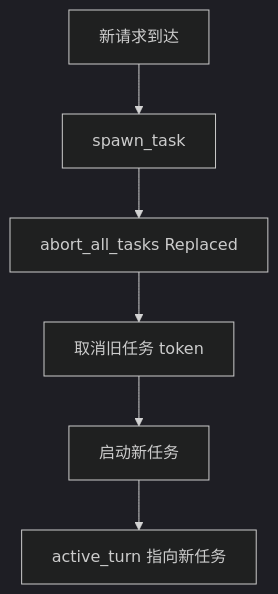
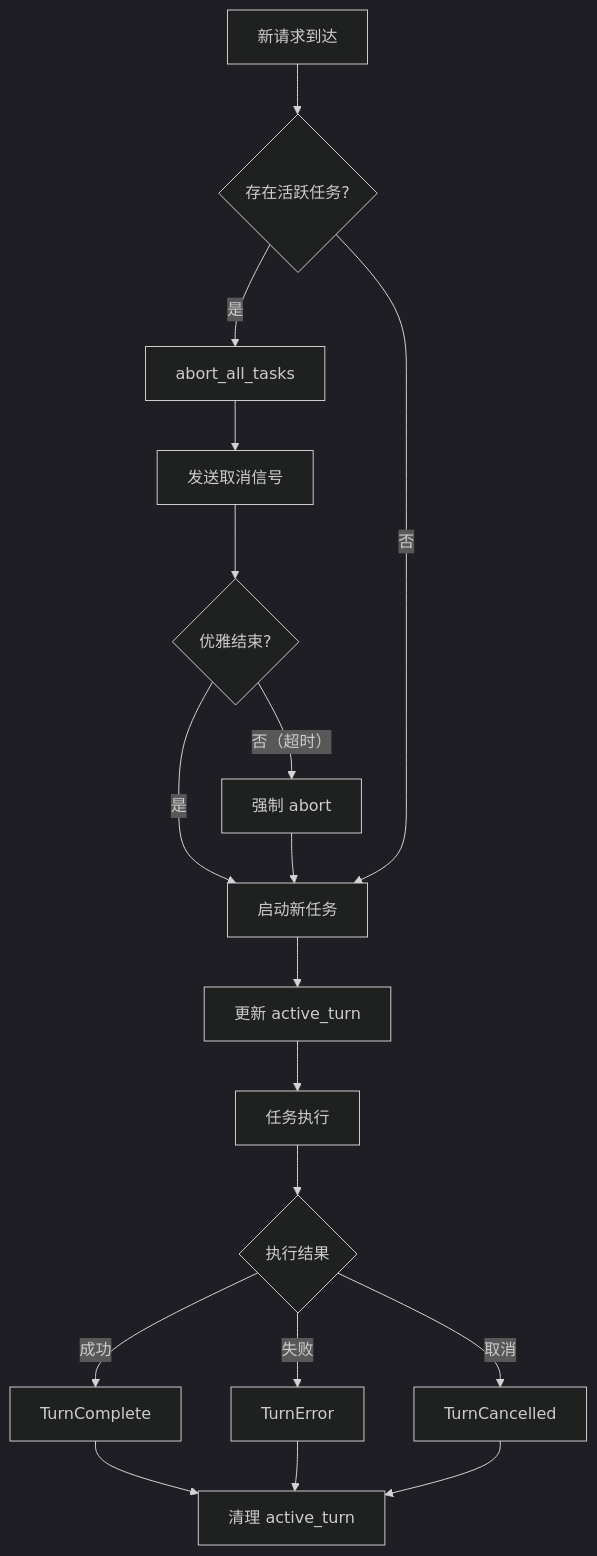
Before and after one commit to giraffe-tree/agent-base: the fifth of 6 diagrams in docs/codex/03-codex-session-runtime.md, drawn with Mermaid (dark theme). The commit also changed other lines of this file and 155 other files, not shown here.

````diff
--- a/docs/codex/03-codex-session-runtime.md
+++ b/docs/codex/03-codex-session-runtime.md
@@ -193,8 +398,20 @@
 ```mermaid
 flowchart TD
-    A[新请求到达] --> B[spawn_task]
-    B --> C[abort_all_tasks Replaced]
-    C --> D[取消旧任务 token]
-    D --> E[启动新任务]
-    E --> F[active_turn 指向新任务]
+    A[新请求到达] --> B{存在活跃任务?}
+    B -->|是| C[abort_all_tasks]
+    C --> D[发送取消信号]
+    D --> E{优雅结束?}
+    E -->|是| F[启动新任务]
+    E -->|否（超时）| G[强制 abort]
+    G --> F
+    B -->|否| F
+    F --> H[更新 active_turn]
+    H --> I[任务执行]
+    I --> J{执行结果}
+    J -->|成功| K[TurnComplete]
+    J -->|失败| L[TurnError]
+    J -->|取消| M[TurnCancelled]
+    K --> N[清理 active_turn]
+    L --> N
+    M --> N
 ```
````
